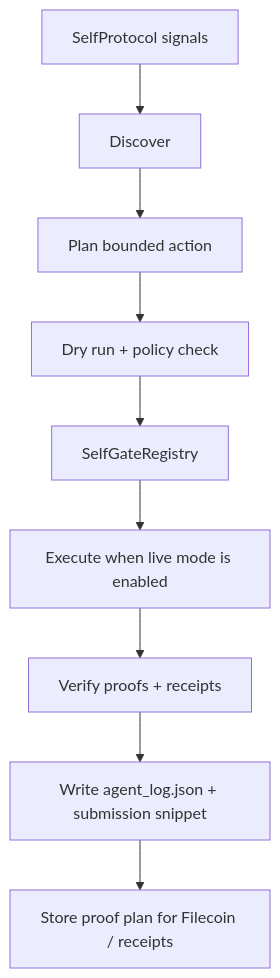
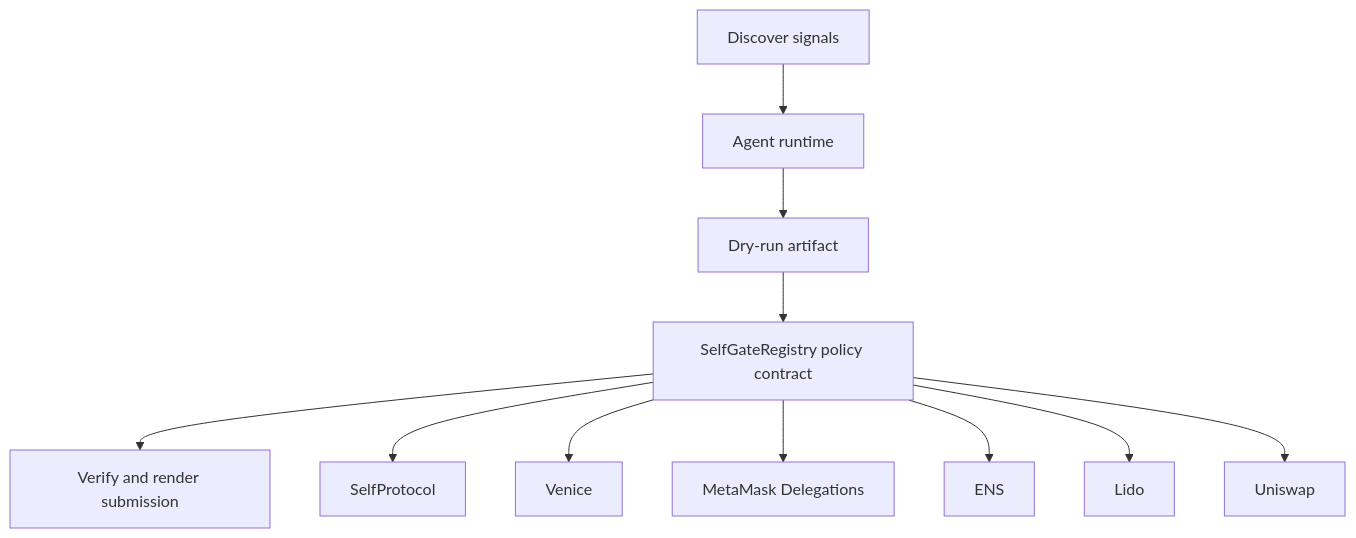
The diagram in README.md (CrystallineButterfly/Synthesis-SelfProtocol), drawn with Mermaid before and after one commit. The commit also changed other lines of this file and 998 other files, not shown here.

Commit message:
Implement bounded agent runtime

````diff
--- a/README.md
+++ b/README.md
@@ -30,11 +26,15 @@
-        ```mermaid
-        flowchart TD
-    Signals[SelfProtocol signals] --> Discover[Discover]
-    Discover --> Plan[Plan bounded action]
-    Plan --> DryRun[Dry run + policy check]
-    DryRun --> Guard[SelfGateRegistry]
-    Guard --> Execute[Execute when live mode is enabled]
-    Execute --> Verify[Verify proofs + receipts]
-    Verify --> Persist[Write agent_log.json + submission snippet]
-    Persist --> Storage[Store proof plan for Filecoin / receipts]
-        ```
+```mermaid
+flowchart TD
+    Signals[Discover signals]
+    Planner[Agent runtime]
+    DryRun[Dry-run artifact]
+    Contract[SelfGateRegistry policy contract]
+    Verify[Verify and render submission]
+    Signals --> Planner --> DryRun --> Contract --> Verify
+    Contract --> selfprotocol[SelfProtocol]
+    Contract --> venice[Venice]
+    Contract --> metamask_delegations[MetaMask Delegations]
+    Contract --> ens[ENS]
+    Contract --> lido[Lido]
+    Contract --> uniswap[Uniswap]
+```
````
